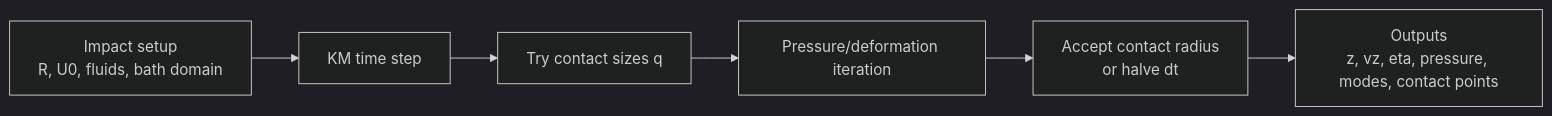
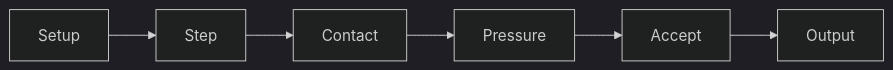
The first of 2 diagrams in README.md (elvispy/km-dropplet-onto-bath), drawn with Mermaid (dark theme) before and after one commit. The commit also changed other lines of this file, not shown here.

Commit message:
Improve README schematic readability

````diff
--- a/README.md
+++ b/README.md
@@ -20,8 +20,8 @@
 ```mermaid
 flowchart LR
-    A[Impact setup\nR, U0, fluids, bath domain] --> B[KM time step]
-    B --> C[Try contact sizes q]
-    C --> D[Pressure/deformation iteration]
-    D --> E[Accept contact radius\nor halve dt]
-    E --> F[Outputs\nz, vz, eta, pressure, modes, contact points]
+    A[Setup] --> B[Step]
+    B --> C[Contact]
+    C --> D[Pressure]
+    D --> E[Accept]
+    E --> F[Output]
 ```
````
